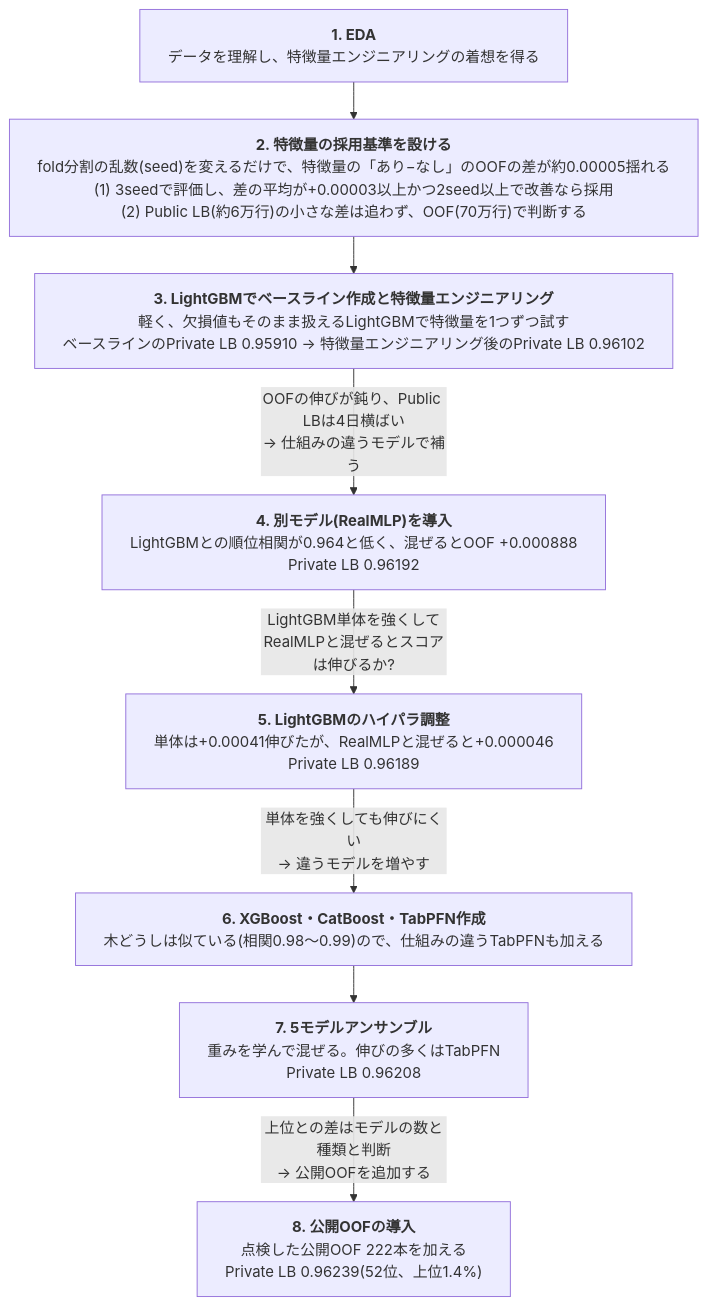
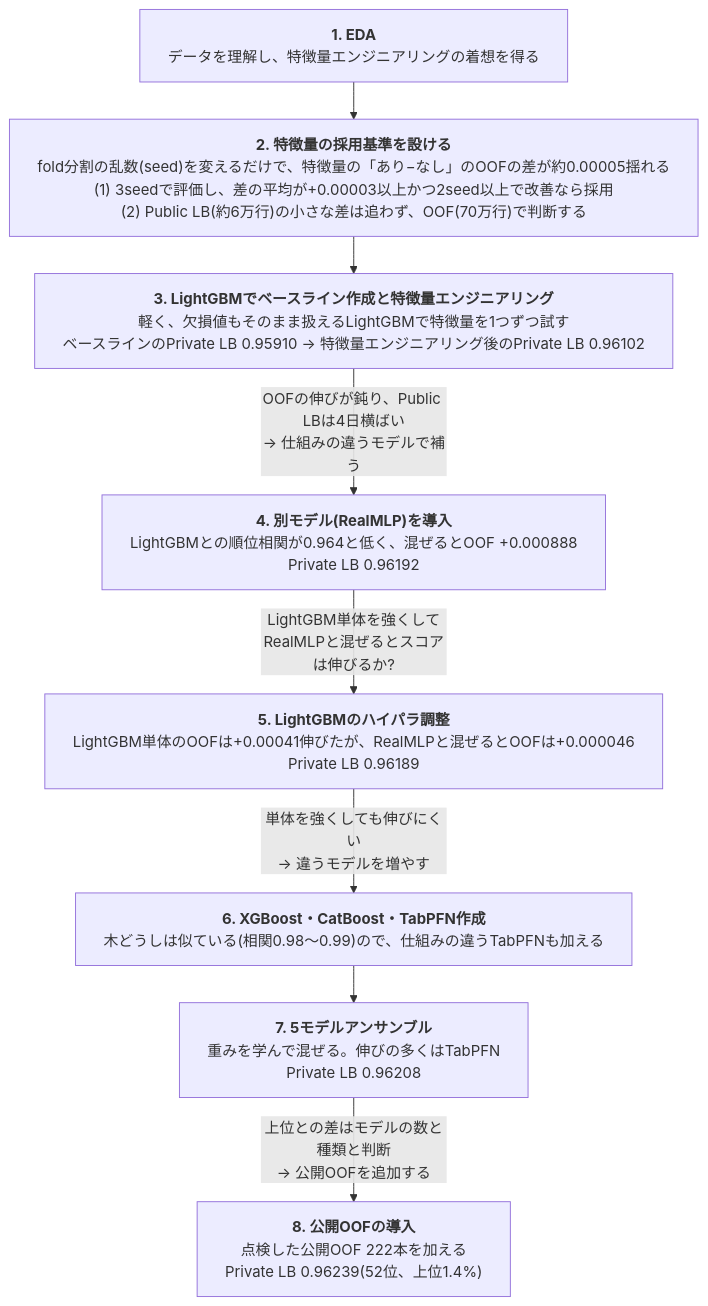
Before and after one commit to aramaki5443-art/kaggle-s6e10-airline-satisfaction: the first of 3 diagrams in README.md, drawn with Mermaid.

Commit message:
README: フロー図5の箱の文言を修正
Claude-Session: https://claude.ai/code/session_01W4XQw12fApd9PttvvKTwbS

````diff
--- a/README.md
+++ b/README.md
@@ -21,23 +21,23 @@
 ```mermaid
 ---
 config:
   flowchart:
     wrappingWidth: 800
     rankSpacing: 40
 ---
 flowchart TD
   S1["<b>1. EDA</b><br>データを理解し、特徴量エンジニアリングの着想を得る"]
   SC["<b>2. 特徴量の採用基準を設ける</b><br>fold分割の乱数(seed)を変えるだけで、特徴量の「あり−なし」のOOFの差が約0.00005揺れる<br>(1) 3seedで評価し、差の平均が+0.00003以上かつ2seed以上で改善なら採用<br>(2) Public LB(約6万行)の小さな差は追わず、OOF(70万行)で判断する"]
   S2["<b>3. LightGBMでベースライン作成と特徴量エンジニアリング</b><br>軽く、欠損値もそのまま扱えるLightGBMで特徴量を1つずつ試す<br>ベースラインのPrivate LB 0.95910 → 特徴量エンジニアリング後のPrivate LB 0.96102"]
   S3["<b>4. 別モデル(RealMLP)を導入</b><br>LightGBMとの順位相関が0.964と低く、混ぜるとOOF +0.000888<br>Private LB 0.96192"]
-  S4["<b>5. LightGBMのハイパラ調整</b><br>単体は+0.00041伸びたが、RealMLPと混ぜると+0.000046<br>Private LB 0.96189"]
+  S4["<b>5. LightGBMのハイパラ調整</b><br>LightGBM単体のOOFは+0.00041伸びたが、RealMLPと混ぜるとOOFは+0.000046<br>Private LB 0.96189"]
   S5["<b>6. XGBoost・CatBoost・TabPFN作成</b><br>木どうしは似ている(相関0.98〜0.99)ので、仕組みの違うTabPFNも加える"]
   S6["<b>7. 5モデルアンサンブル</b><br>重みを学んで混ぜる。伸びの多くはTabPFN<br>Private LB 0.96208"]
   S7["<b>8. 公開OOFの導入</b><br>点検した公開OOF 222本を加える<br>Private LB 0.96239(52位、上位1.4%)"]
   S1 --> SC --> S2
   S2 -->|"OOFの伸びが鈍り、Public LBは4日横ばい<br>→ 仕組みの違うモデルで補う"| S3
   S3 -->|"LightGBM単体を強くしてRealMLPと混ぜるとスコアは伸びるか?"| S4
   S4 -->|"単体を強くしても伸びにくい<br>→ 違うモデルを増やす"| S5
   S5 --> S6
   S6 -->|"上位との差はモデルの数と種類と判断<br>→ 公開OOFを追加する"| S7
 ```
````
